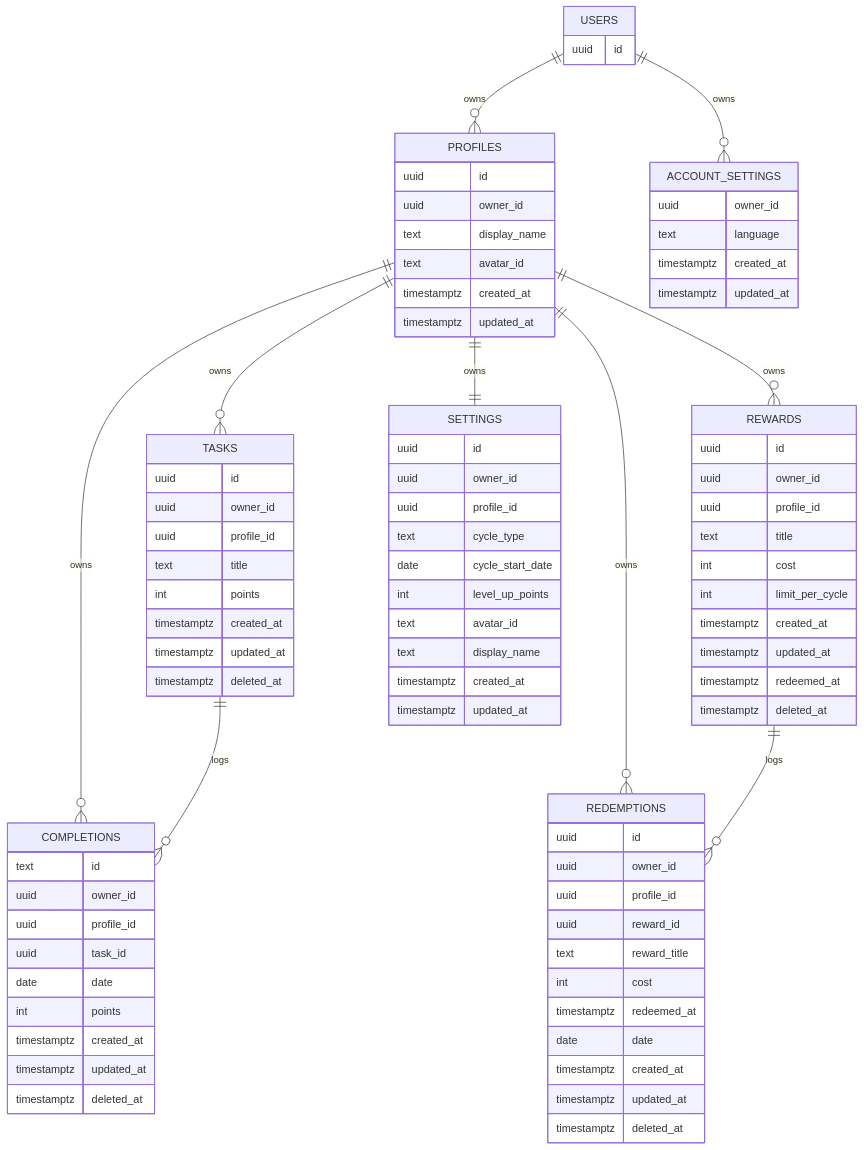
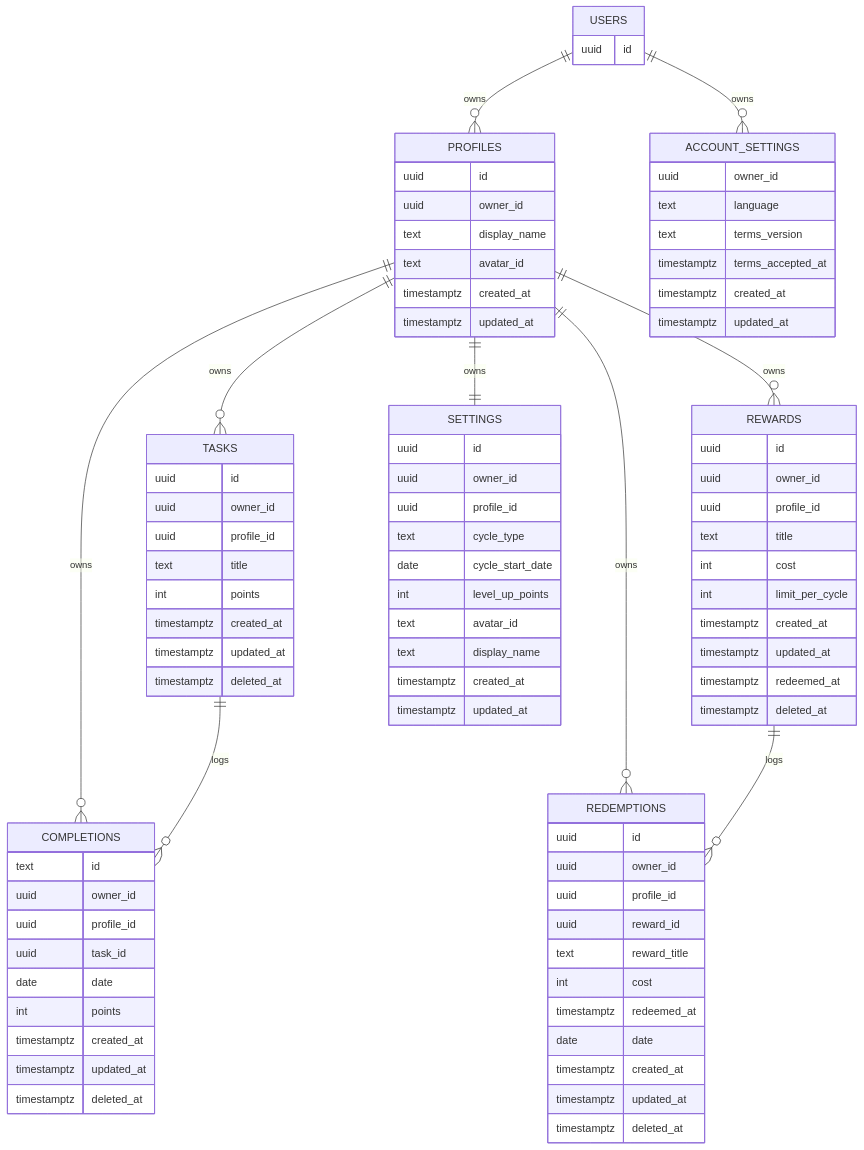
The diagram in growup/docs/schema-diagram.md (rodrigobruner/Allowance), drawn with Mermaid before and after one commit. The commit also changed 14 other files, not shown here.

```diff
--- a/growup/docs/schema-diagram.md
+++ b/growup/docs/schema-diagram.md
@@ -28,6 +28,8 @@
   ACCOUNT_SETTINGS {
     uuid owner_id
     text language
+    text terms_version
+    timestamptz terms_accepted_at
     timestamptz created_at
     timestamptz updated_at
   }
```
